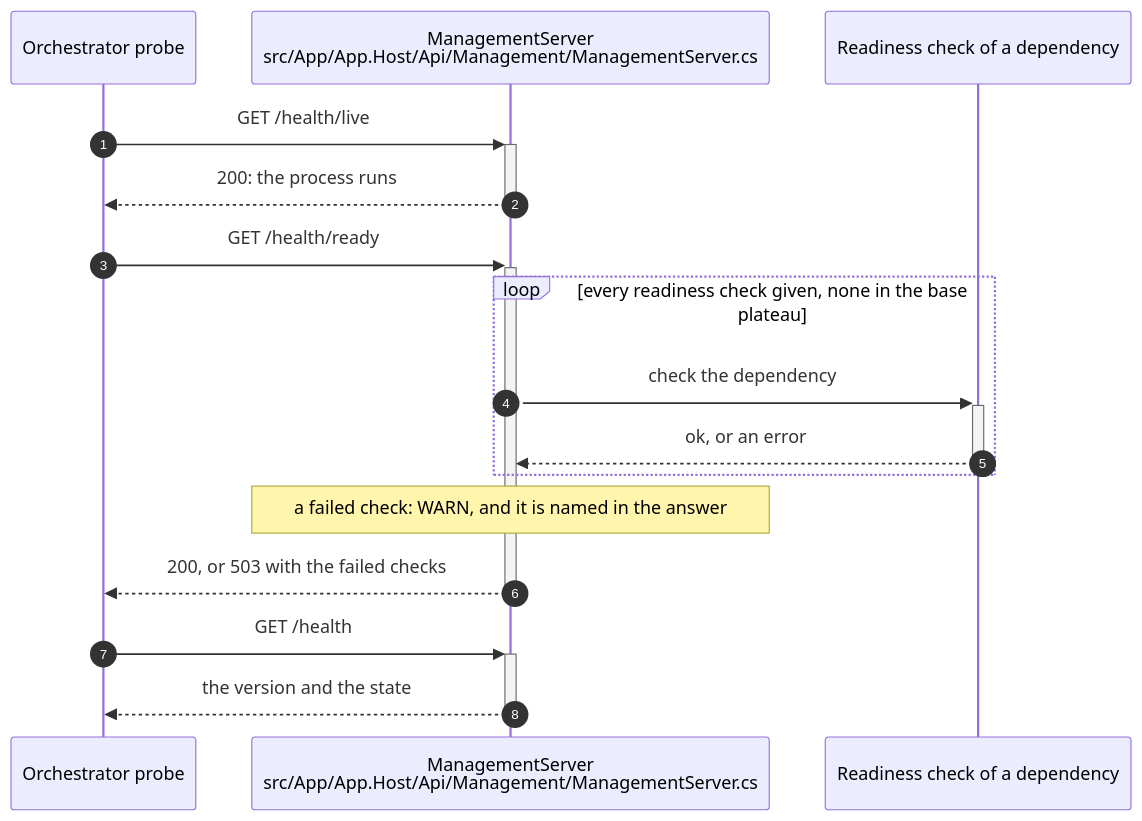
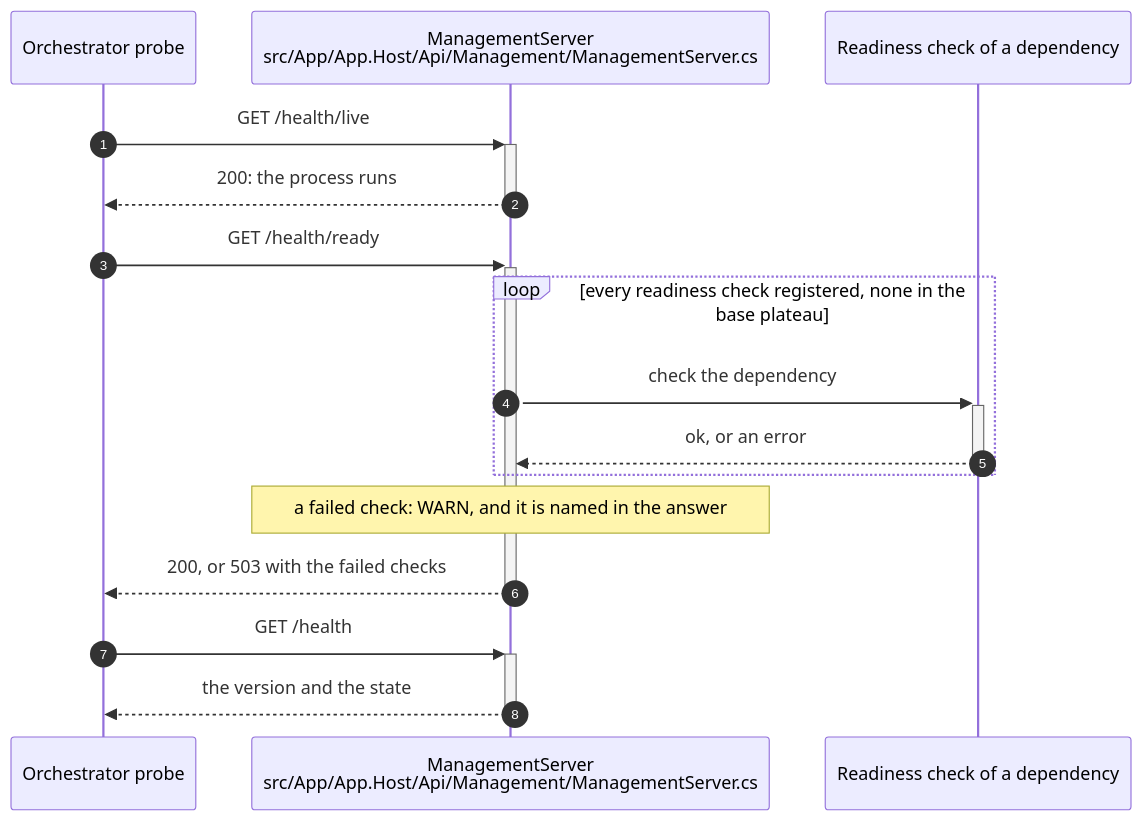
One commit to InsonusK/ai-skills changed the diagram in library/architecture/dotnet/vp-health-in-dotnet.skill/diagrams/example-flow.mmd. Above: the diagram before and after it, drawn with Mermaid. The commit also changed 14 other files, not shown here.

```diff
--- a/library/architecture/dotnet/vp-health-in-dotnet.skill/diagrams/example-flow.mmd
+++ b/library/architecture/dotnet/vp-health-in-dotnet.skill/diagrams/example-flow.mmd
@@ -1,17 +1,17 @@
 sequenceDiagram
     autonumber
     participant Probe as Orchestrator probe
     participant Server as ManagementServer<br/>src/App/App.Host/Api/Management/ManagementServer.cs
     participant Check as Readiness check of a dependency
 
     Probe->>+Server: GET /health/live
     Server-->>-Probe: 200: the process runs
     Probe->>+Server: GET /health/ready
-    loop every readiness check given, none in the base plateau
+    loop every readiness check registered, none in the base plateau
         Server->>+Check: check the dependency
         Check-->>-Server: ok, or an error
     end
     Note over Server: a failed check: WARN, and it is named in the answer
     Server-->>-Probe: 200, or 503 with the failed checks
     Probe->>+Server: GET /health
     Server-->>-Probe: the version and the state
```
